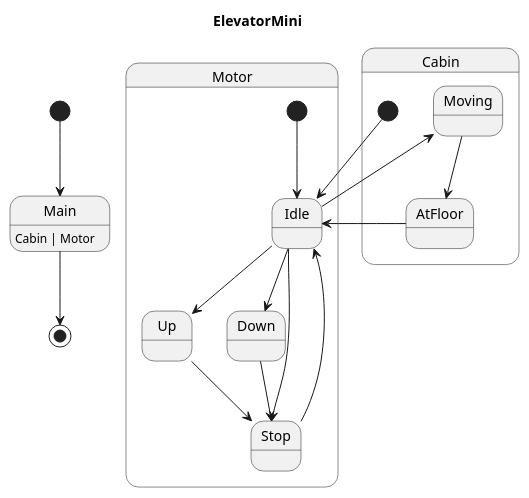
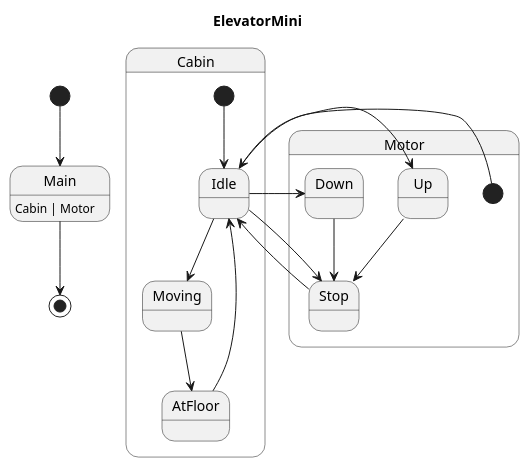
Before and after one commit to Pastor/Takt: the diagram in examples/generated/plantuml/elevator_mini.puml, drawn with PlantUML. The commit also changed other lines of this file and 9 other files, not shown here.

```diff
--- a/examples/generated/plantuml/elevator_mini.puml
+++ b/examples/generated/plantuml/elevator_mini.puml
@@ -1,25 +1,25 @@
 @startuml
 title ElevatorMini
 
 [*] --> Main
 Main : Cabin | Motor
 Main --> [*]
 
+state Cabin {
+    [*] --> Idle
+    Moving --> AtFloor
+    Idle --> Moving
+    AtFloor --> Idle
+}
+
 state Motor {
     [*] --> Idle
+    Stop --> Idle
     Idle --> Up
     Idle --> Down
     Idle --> Stop
-    Stop --> Idle
     Up --> Stop
     Down --> Stop
 }
 
-state Cabin {
-    [*] --> Idle
-    AtFloor --> Idle
-    Moving --> AtFloor
-    Idle --> Moving
-}
-
 @enduml
```
